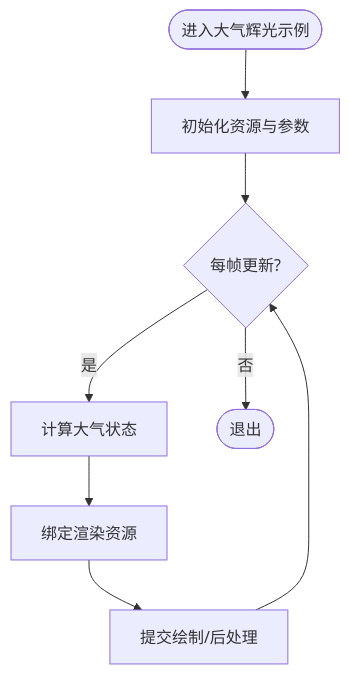
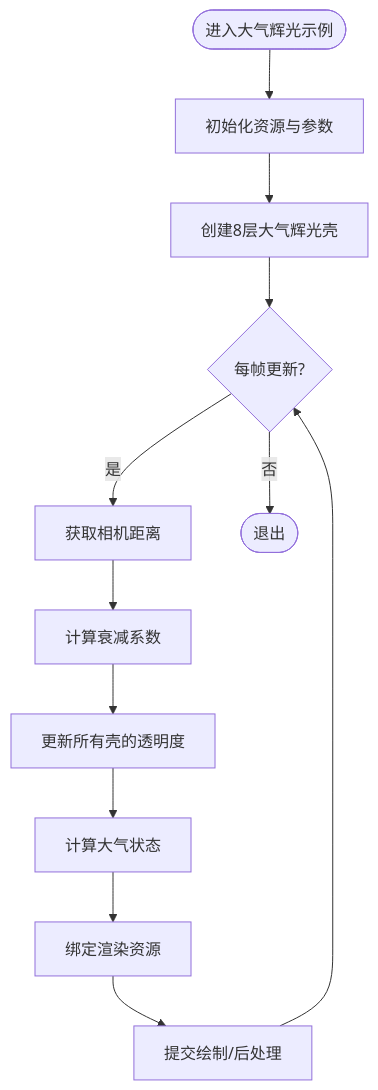
Before and after one commit to rzhangjing/cesium: the third of 4 diagrams in .qoder/repowiki/zh/content/项目概述/核心特性/3D渲染引擎/特效与后处理系统/大气辉光效果.md, drawn with Mermaid. The commit also changed other lines of this file and 7 other files, not shown here.

````diff
--- a/.qoder/repowiki/zh/content/项目概述/核心特性/3D渲染引擎/特效与后处理系统/大气辉光效果.md
+++ b/.qoder/repowiki/zh/content/项目概述/核心特性/3D渲染引擎/特效与后处理系统/大气辉光效果.md
@@ -94,10 +120,14 @@
 ```mermaid
 flowchart TD
 Start(["进入大气辉光示例"]) --> Init["初始化资源与参数"]
-Init --> UpdateLoop{"每帧更新?"}
-UpdateLoop --> |是| Compute["计算大气状态"]
+Init --> SetupShells["创建8层大气辉光壳"]
+SetupShells --> UpdateLoop{"每帧更新?"}
+UpdateLoop --> |是| GetDistance["获取相机距离"]
+GetDistance --> FadeCalc["计算衰减系数"]
+FadeCalc --> UpdateAlpha["更新所有壳的透明度"]
+UpdateAlpha --> Compute["计算大气状态"]
 Compute --> Bind["绑定渲染资源"]
 Bind --> Draw["提交绘制/后处理"]
 Draw --> UpdateLoop
 UpdateLoop --> |否| End(["退出"])
 ```
````
